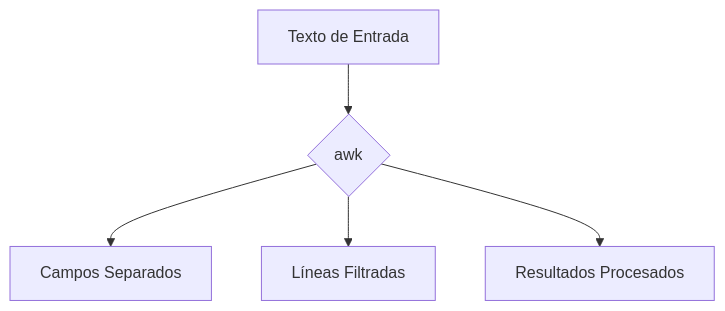
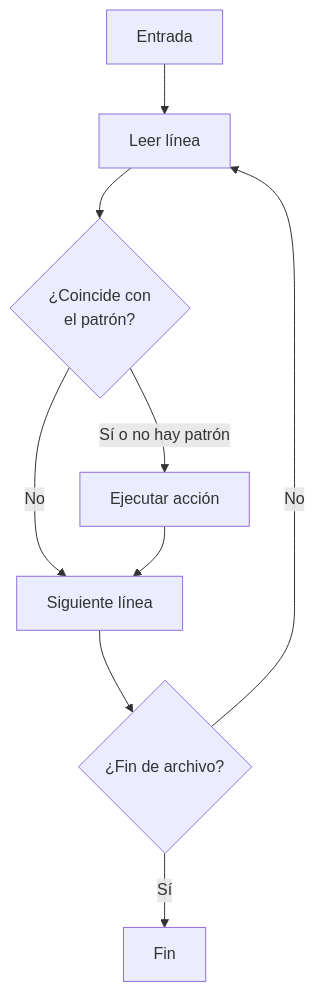
One commit to n1krov/red_vault changed the first of 2 diagrams in apuntes/Unix/awk.md. Above: the diagram before and after it, drawn with Mermaid. The commit also changed other lines of this file and 1 other file, not shown here.

````diff
--- a/apuntes/Unix/awk.md
+++ b/apuntes/Unix/awk.md
@@ -154,7 +40,11 @@
 ```mermaid
-graph TD
-    A[Texto de Entrada] --> B{awk}
-    B --> C[Campos Separados]
-    B --> D[Líneas Filtradas]
-    B --> E[Resultados Procesados]
+flowchart TD
+    A[Entrada] --> B[Leer línea]
+    B --> C{¿Coincide con\nel patrón?}
+    C -->|Sí o no hay patrón| D[Ejecutar acción]
+    C -->|No| E[Siguiente línea]
+    D --> E
+    E --> F{¿Fin de archivo?}
+    F -->|No| B
+    F -->|Sí| G[Fin]
 ```
````
